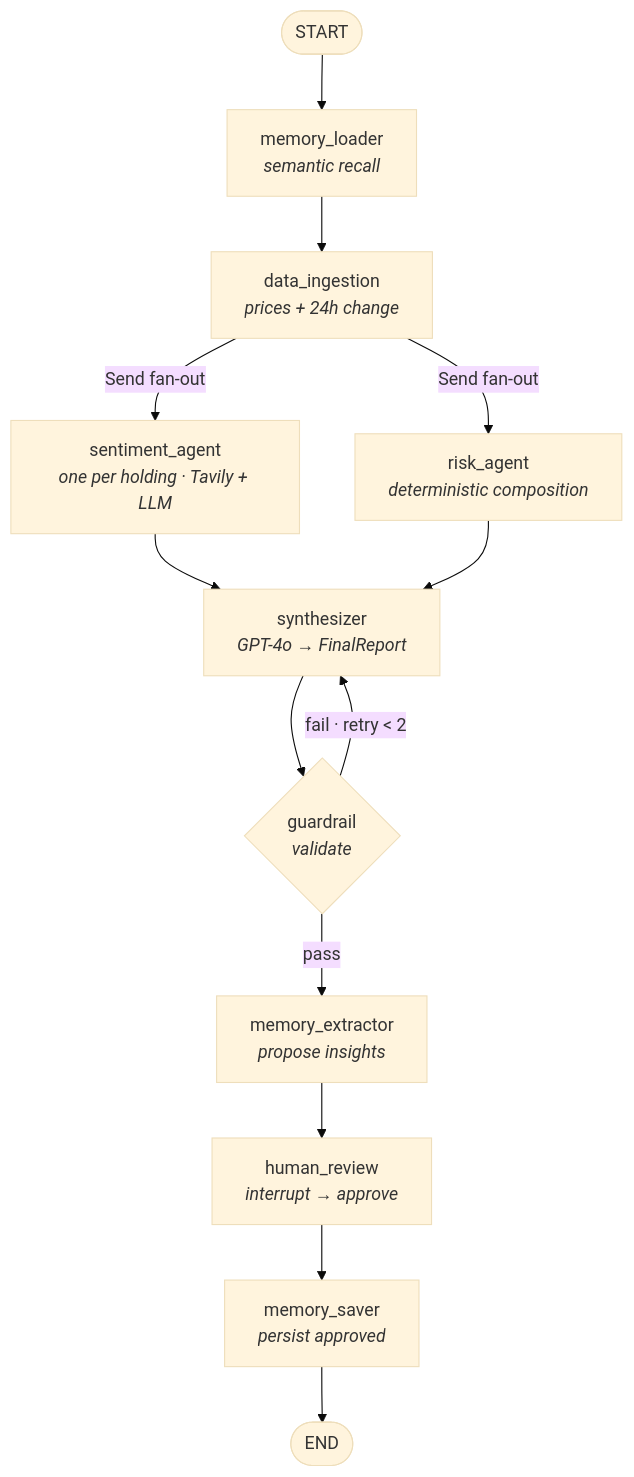
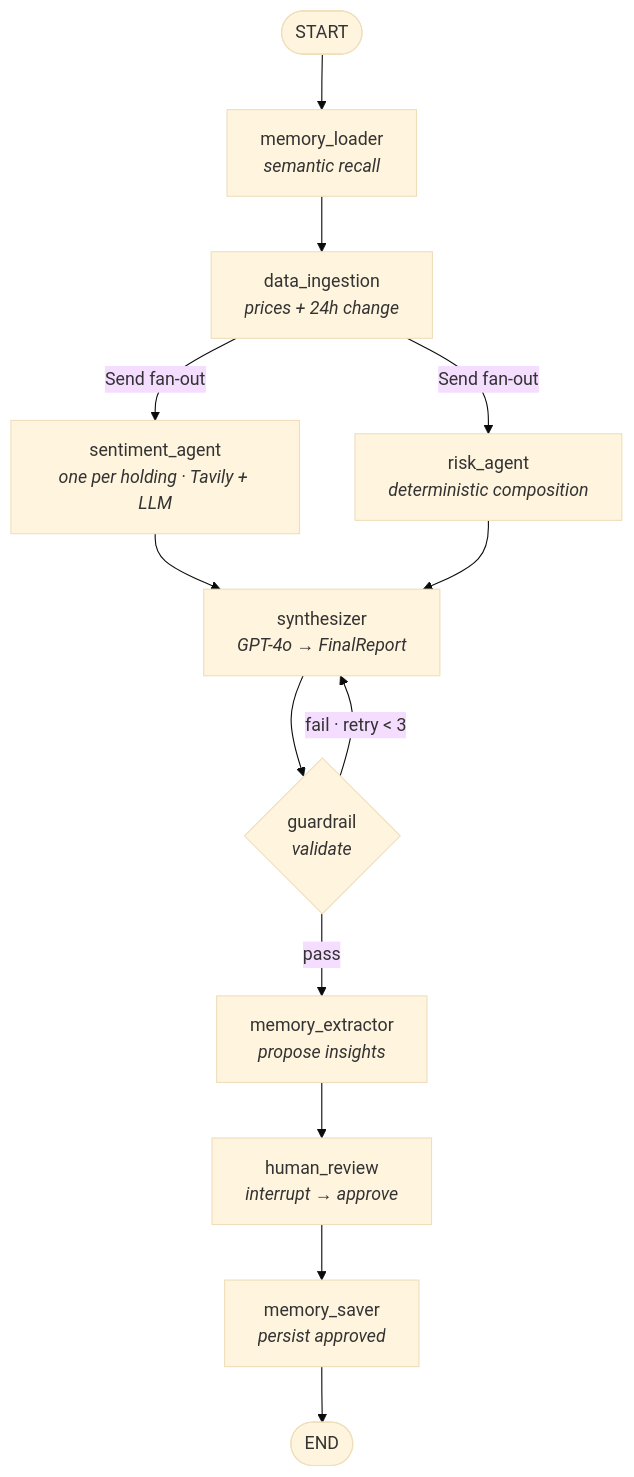
One commit to IdanRodri17/PortfolioPilot changed the diagram in README.md. Above: the diagram before and after it, drawn with Mermaid (base theme). The commit also changed other lines of this file, not shown here.

````diff
--- a/README.md
+++ b/README.md
@@ -54,15 +56,15 @@
 ```mermaid
 flowchart TD
     START([START]) --> ML["memory_loader<br/><i>semantic recall</i>"]
     ML --> DI["data_ingestion<br/><i>prices + 24h change</i>"]
     DI -->|Send fan-out| SA["sentiment_agent<br/><i>one per holding · Tavily + LLM</i>"]
     DI -->|Send fan-out| RA["risk_agent<br/><i>deterministic composition</i>"]
     SA --> SY["synthesizer<br/><i>GPT-4o → FinalReport</i>"]
     RA --> SY
     SY --> GR{"guardrail<br/><i>validate</i>"}
-    GR -->|fail · retry &lt; 2| SY
+    GR -->|fail · retry &lt; 3| SY
     GR -->|pass| ME["memory_extractor<br/><i>propose insights</i>"]
     ME --> HR["human_review<br/><i>interrupt → approve</i>"]
     HR --> MS["memory_saver<br/><i>persist approved</i>"]
     MS --> END([END])
 ```
````
